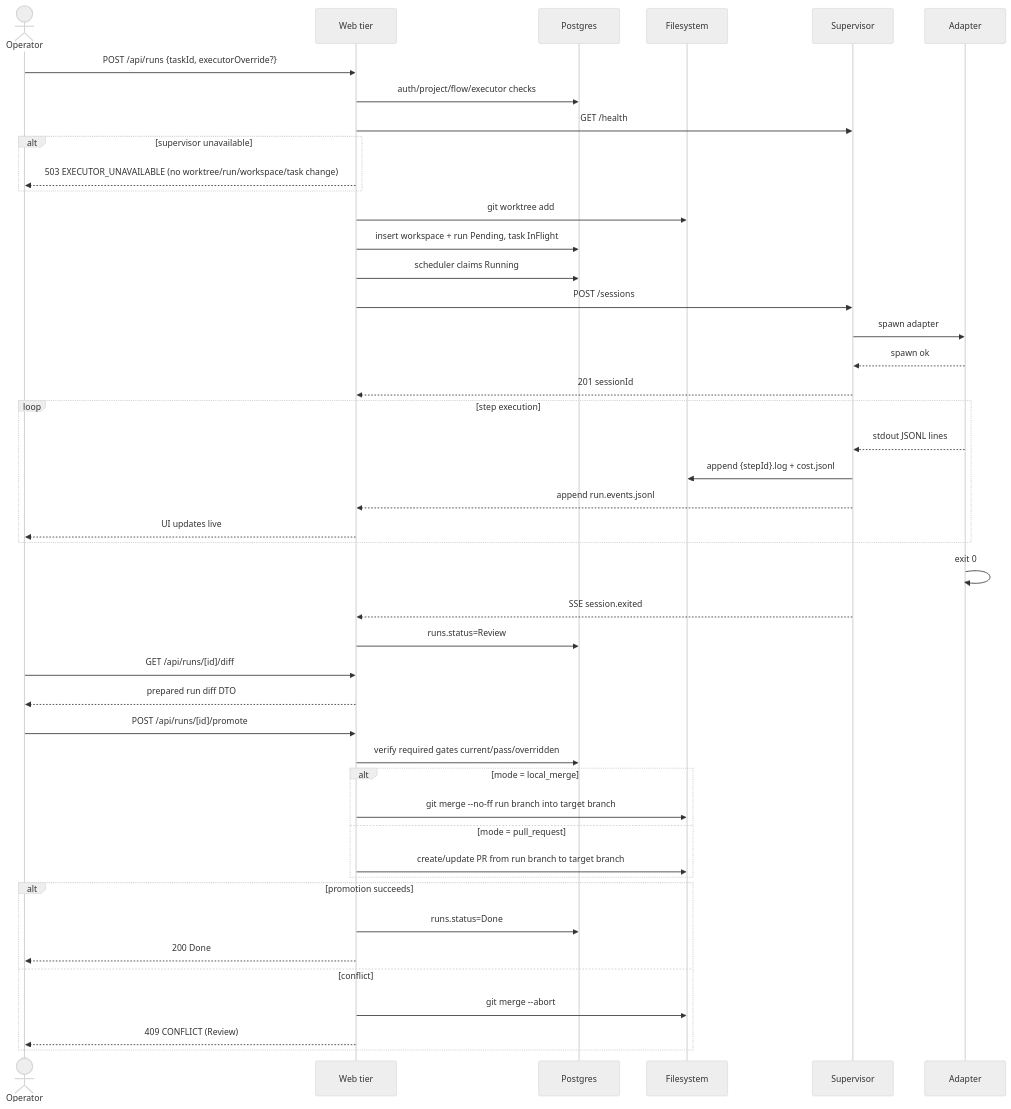
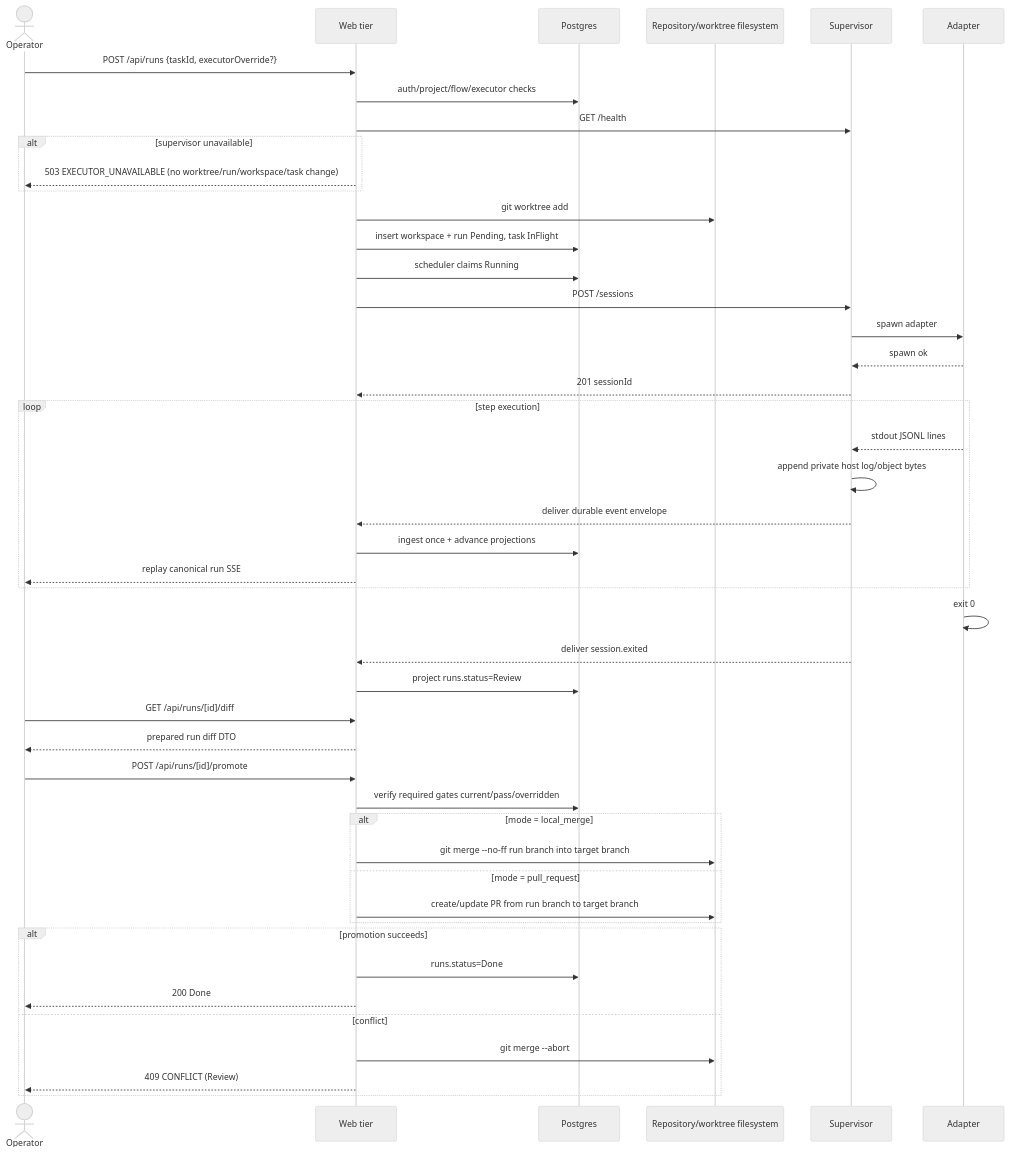
One commit to maister-dev/maister changed the second of 7 diagrams in docs/system-analytics/runs.md. Above: the diagram before and after it, drawn with Mermaid (neutral theme). The commit also changed other lines of this file and 41 other files, not shown here.

````diff
--- a/docs/system-analytics/runs.md
+++ b/docs/system-analytics/runs.md
@@ -799,48 +799,49 @@
 ```mermaid
 sequenceDiagram
     actor U as Operator
     participant W as Web tier
     participant DB as Postgres
-    participant FS as Filesystem
+    participant FS as Repository/worktree filesystem
     participant SV as Supervisor
     participant A as Adapter
 
     U->>W: POST /api/runs {taskId, executorOverride?}
     W->>DB: auth/project/flow/executor checks
     W->>SV: GET /health
     alt supervisor unavailable
         W-->>U: 503 EXECUTOR_UNAVAILABLE (no worktree/run/workspace/task change)
     end
     W->>FS: git worktree add
     W->>DB: insert workspace + run Pending, task InFlight
     W->>DB: scheduler claims Running
     W->>SV: POST /sessions
     SV->>A: spawn adapter
     A-->>SV: spawn ok
     SV-->>W: 201 sessionId
     loop step execution
         A-->>SV: stdout JSONL lines
-        SV->>FS: append {stepId}.log + cost.jsonl
-        SV-->>W: append run.events.jsonl
-        W-->>U: UI updates live
+        SV->>SV: append private host log/object bytes
+        SV-->>W: deliver durable event envelope
+        W->>DB: ingest once + advance projections
+        W-->>U: replay canonical run SSE
     end
     A->>A: exit 0
-    SV-->>W: SSE session.exited
-    W->>DB: runs.status=Review
+    SV-->>W: deliver session.exited
+    W->>DB: project runs.status=Review
     U->>W: GET /api/runs/[id]/diff
     W-->>U: prepared run diff DTO
     U->>W: POST /api/runs/[id]/promote
     W->>DB: verify required gates current/pass/overridden
     alt mode = local_merge
         W->>FS: git merge --no-ff run branch into target branch
     else mode = pull_request
         W->>FS: create/update PR from run branch to target branch
     end
     alt promotion succeeds
         W->>DB: runs.status=Done
         W-->>U: 200 Done
     else conflict
         W->>FS: git merge --abort
         W-->>U: 409 CONFLICT (Review)
     end
 ```
````
